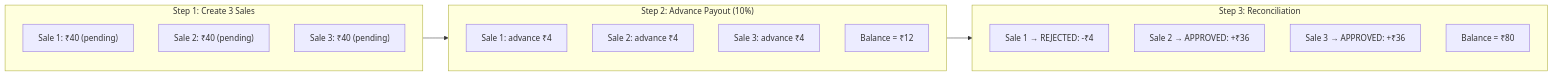
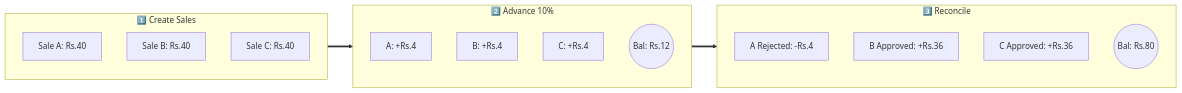
One commit to pawanclone/taskdoc changed diagram 12 of 14 in LLD.md. Above: the diagram before and after it, drawn with Mermaid. The commit also changed other lines of this file, not shown here.

````diff
--- a/LLD.md
+++ b/LLD.md
@@ -385,24 +411,27 @@
 ```mermaid
-graph LR
-    subgraph Step1["Step 1: Create 3 Sales"]
-        S1["Sale 1: ₹40 (pending)"]
-        S2["Sale 2: ₹40 (pending)"]
-        S3["Sale 3: ₹40 (pending)"]
+flowchart LR
+    subgraph S1["1️⃣ Create Sales"]
+        direction TB
+        SA["Sale A: Rs.40"]
+        SB["Sale B: Rs.40"]
+        SC["Sale C: Rs.40"]
     end
 
-    subgraph Step2["Step 2: Advance Payout (10%)"]
-        A1["Sale 1: advance ₹4"]
-        A2["Sale 2: advance ₹4"]
-        A3["Sale 3: advance ₹4"]
-        BAL1["Balance = ₹12"]
+    subgraph S2["2️⃣ Advance 10%"]
+        direction TB
+        AA["A: +Rs.4"]
+        AB["B: +Rs.4"]
+        AC["C: +Rs.4"]
+        B1(("Bal: Rs.12"))
     end
 
-    subgraph Step3["Step 3: Reconciliation"]
-        R1["Sale 1 → REJECTED: -₹4"]
-        R2["Sale 2 → APPROVED: +₹36"]
-        R3["Sale 3 → APPROVED: +₹36"]
-        BAL2["Balance = ₹80"]
+    subgraph S3["3️⃣ Reconcile"]
+        direction TB
+        RA["A Rejected: -Rs.4"]
+        RB["B Approved: +Rs.36"]
+        RC["C Approved: +Rs.36"]
+        B2(("Bal: Rs.80"))
     end
 
-    Step1 --> Step2 --> Step3
+    S1 ==> S2 ==> S3
 ```
````
